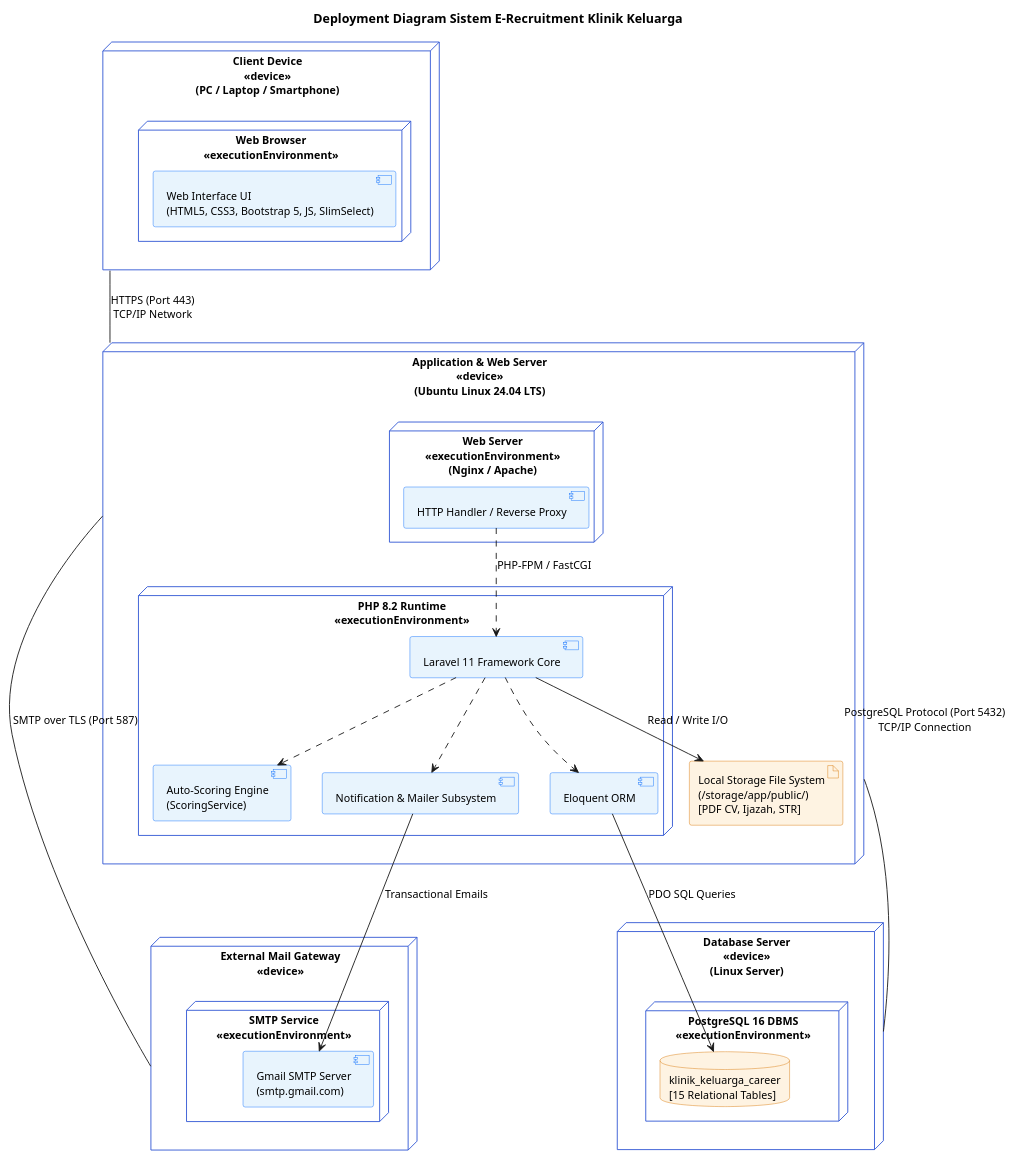
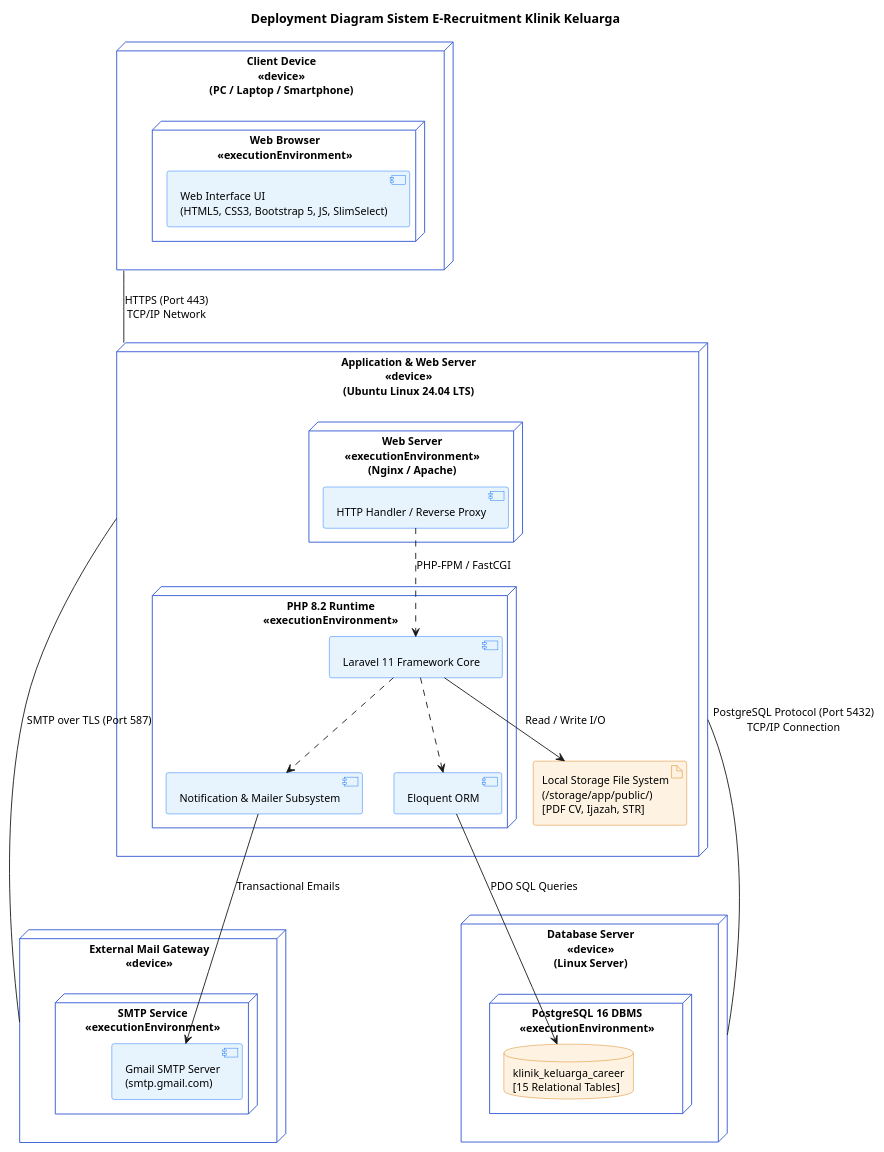
Before and after one commit to Madtive-Studio/klinik_keluarga_career: the diagram in public/assets/diagrams/VP/Deployment_Diagram.puml, drawn with PlantUML. The commit also changed 25 other files, not shown here.

Commit message:
refactor: add configuration and feature flag for optional auto-scoring

```diff
--- a/public/assets/diagrams/VP/Deployment_Diagram.puml
+++ b/public/assets/diagrams/VP/Deployment_Diagram.puml
@@ -1,71 +1,69 @@
 @startuml
 skinparam defaultFontName Arial
 skinparam defaultFontSize 12
 
 skinparam node {
   BackgroundColor #FFFFFF
   BorderColor #2F55D4
 }
 skinparam component {
   BackgroundColor #E8F4FD
   BorderColor #0D6EFD
 }
 skinparam artifact {
   BackgroundColor #FEF3E2
   BorderColor #D97706
 }
 skinparam database {
   BackgroundColor #FEF3E2
   BorderColor #D97706
 }
 
 title Deployment Diagram Sistem E-Recruitment Klinik Keluarga
 
 node "Client Device\n<<device>>\n(PC / Laptop / Smartphone)" as Client {
   node "Web Browser\n<<executionEnvironment>>" as Browser {
     component "Web Interface UI\n(HTML5, CSS3, Bootstrap 5, JS, SlimSelect)" as WebUI
   }
 }
 
 node "Application & Web Server\n<<device>>\n(Ubuntu Linux 24.04 LTS)" as AppServer {
   node "Web Server\n<<executionEnvironment>>\n(Nginx / Apache)" as WebServer {
     component "HTTP Handler / Reverse Proxy" as Proxy
   }
   
   node "PHP 8.2 Runtime\n<<executionEnvironment>>" as PHPEnv {
     component "Laravel 11 Framework Core" as LaravelCore
-    component "Auto-Scoring Engine\n(ScoringService)" as ScoringEngine
     component "Notification & Mailer Subsystem" as MailerSubsystem
     component "Eloquent ORM" as Eloquent
   }
   
   artifact "Local Storage File System\n(/storage/app/public/)\n[PDF CV, Ijazah, STR]" as Storage
 }
 
 node "Database Server\n<<device>>\n(Linux Server)" as DBServer {
   node "PostgreSQL 16 DBMS\n<<executionEnvironment>>" as PGEnv {
     database "klinik_keluarga_career\n[15 Relational Tables]" as Database
   }
 }
 
 node "External Mail Gateway\n<<device>>" as MailServer {
   node "SMTP Service\n<<executionEnvironment>>" as SMTPEnv {
     component "Gmail SMTP Server\n(smtp.gmail.com)" as GmailSMTP
   }
 }
 
 ' Relations
 Client -- AppServer : "HTTPS (Port 443)\nTCP/IP Network"
 Proxy ..> LaravelCore : "PHP-FPM / FastCGI"
-LaravelCore ..> ScoringEngine
 LaravelCore ..> MailerSubsystem
 LaravelCore ..> Eloquent
 LaravelCore --> Storage : "Read / Write I/O"
 
 AppServer -- DBServer : "PostgreSQL Protocol (Port 5432)\nTCP/IP Connection"
 Eloquent --> Database : "PDO SQL Queries"
 
 AppServer -- MailServer : "SMTP over TLS (Port 587)"
 MailerSubsystem --> GmailSMTP : "Transactional Emails"
 
 @enduml
```
